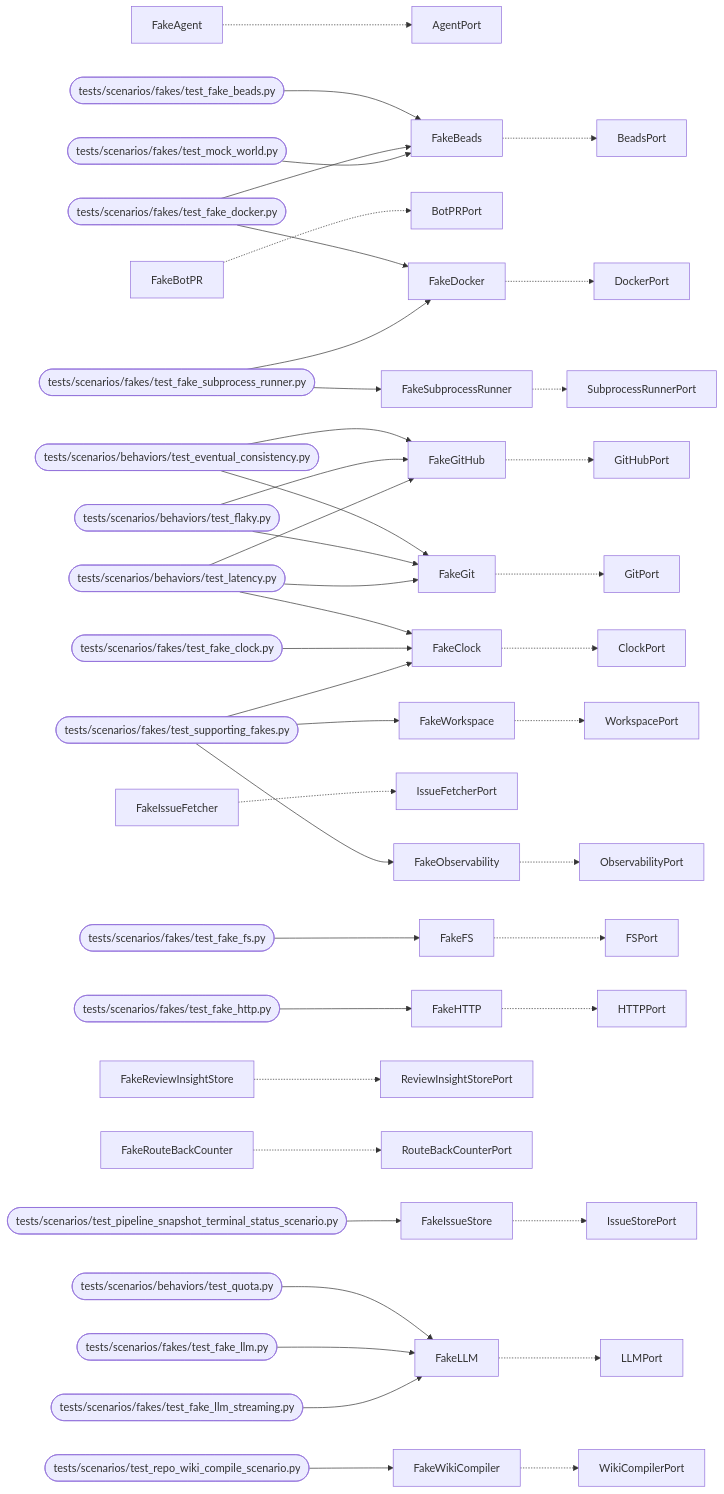
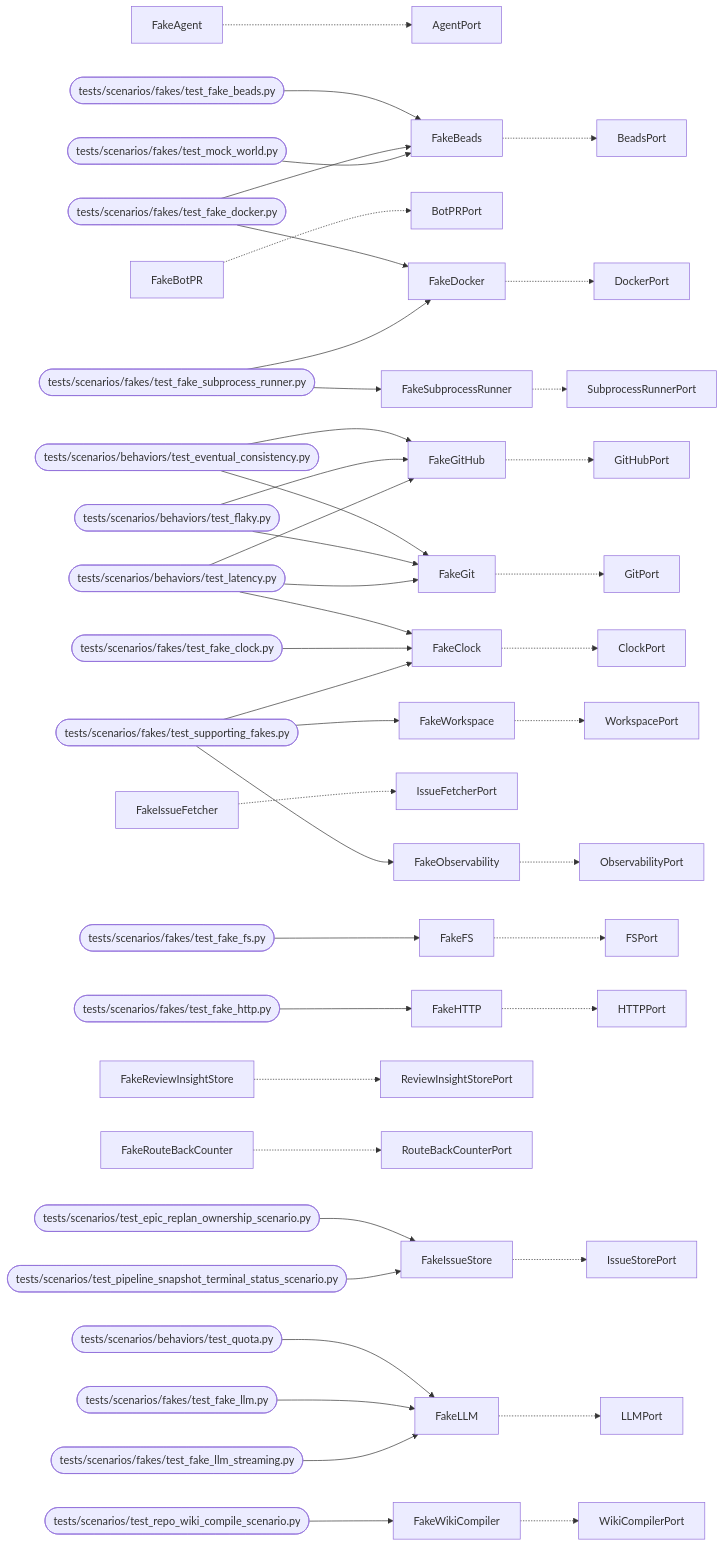
The diagram in docs/arch/generated/mockworld.md (T-rav/hydraflow), drawn with Mermaid before and after one commit. The commit also changed other lines of this file and 16 other files, not shown here.

First line of the commit message:
fix(planner): guard epic replans against stale ownership (#11482) (#11484)

````diff
--- a/docs/arch/generated/mockworld.md
+++ b/docs/arch/generated/mockworld.md
@@ -32,45 +32,46 @@
 ```mermaid
 graph LR
     FakeAgent -.-> AgentPort
     FakeBeads -.-> BeadsPort
     tests_scenarios_fakes_test_fake_beads_py([tests/scenarios/fakes/test_fake_beads.py]) --> FakeBeads
     tests_scenarios_fakes_test_fake_docker_py([tests/scenarios/fakes/test_fake_docker.py]) --> FakeBeads
     tests_scenarios_fakes_test_mock_world_py([tests/scenarios/fakes/test_mock_world.py]) --> FakeBeads
     FakeBotPR -.-> BotPRPort
     FakeClock -.-> ClockPort
     tests_scenarios_behaviors_test_latency_py([tests/scenarios/behaviors/test_latency.py]) --> FakeClock
     tests_scenarios_fakes_test_fake_clock_py([tests/scenarios/fakes/test_fake_clock.py]) --> FakeClock
     tests_scenarios_fakes_test_supporting_fakes_py([tests/scenarios/fakes/test_supporting_fakes.py]) --> FakeClock
     FakeDocker -.-> DockerPort
     tests_scenarios_fakes_test_fake_docker_py([tests/scenarios/fakes/test_fake_docker.py]) --> FakeDocker
     tests_scenarios_fakes_test_fake_subprocess_runner_py([tests/scenarios/fakes/test_fake_subprocess_runner.py]) --> FakeDocker
     FakeFS -.-> FSPort
     tests_scenarios_fakes_test_fake_fs_py([tests/scenarios/fakes/test_fake_fs.py]) --> FakeFS
     FakeGit -.-> GitPort
     tests_scenarios_behaviors_test_eventual_consistency_py([tests/scenarios/behaviors/test_eventual_consistency.py]) --> FakeGit
     tests_scenarios_behaviors_test_flaky_py([tests/scenarios/behaviors/test_flaky.py]) --> FakeGit
     tests_scenarios_behaviors_test_latency_py([tests/scenarios/behaviors/test_latency.py]) --> FakeGit
     FakeGitHub -.-> GitHubPort
     tests_scenarios_behaviors_test_eventual_consistency_py([tests/scenarios/behaviors/test_eventual_consistency.py]) --> FakeGitHub
     tests_scenarios_behaviors_test_flaky_py([tests/scenarios/behaviors/test_flaky.py]) --> FakeGitHub
     tests_scenarios_behaviors_test_latency_py([tests/scenarios/behaviors/test_latency.py]) --> FakeGitHub
     FakeHTTP -.-> HTTPPort
     tests_scenarios_fakes_test_fake_http_py([tests/scenarios/fakes/test_fake_http.py]) --> FakeHTTP
     FakeIssueFetcher -.-> IssueFetcherPort
     FakeIssueStore -.-> IssueStorePort
+    tests_scenarios_test_epic_replan_ownership_scenario_py([tests/scenarios/test_epic_replan_ownership_scenario.py]) --> FakeIssueStore
     tests_scenarios_test_pipeline_snapshot_terminal_status_scenario_py([tests/scenarios/test_pipeline_snapshot_terminal_status_scenario.py]) --> FakeIssueStore
     FakeLLM -.-> LLMPort
     tests_scenarios_behaviors_test_quota_py([tests/scenarios/behaviors/test_quota.py]) --> FakeLLM
     tests_scenarios_fakes_test_fake_llm_py([tests/scenarios/fakes/test_fake_llm.py]) --> FakeLLM
     tests_scenarios_fakes_test_fake_llm_streaming_py([tests/scenarios/fakes/test_fake_llm_streaming.py]) --> FakeLLM
     FakeObservability -.-> ObservabilityPort
     tests_scenarios_fakes_test_supporting_fakes_py([tests/scenarios/fakes/test_supporting_fakes.py]) --> FakeObservability
     FakeReviewInsightStore -.-> ReviewInsightStorePort
     FakeRouteBackCounter -.-> RouteBackCounterPort
     FakeSubprocessRunner -.-> SubprocessRunnerPort
     tests_scenarios_fakes_test_fake_subprocess_runner_py([tests/scenarios/fakes/test_fake_subprocess_runner.py]) --> FakeSubprocessRunner
     FakeWikiCompiler -.-> WikiCompilerPort
     tests_scenarios_test_repo_wiki_compile_scenario_py([tests/scenarios/test_repo_wiki_compile_scenario.py]) --> FakeWikiCompiler
     FakeWorkspace -.-> WorkspacePort
     tests_scenarios_fakes_test_supporting_fakes_py([tests/scenarios/fakes/test_supporting_fakes.py]) --> FakeWorkspace
 ```
````
